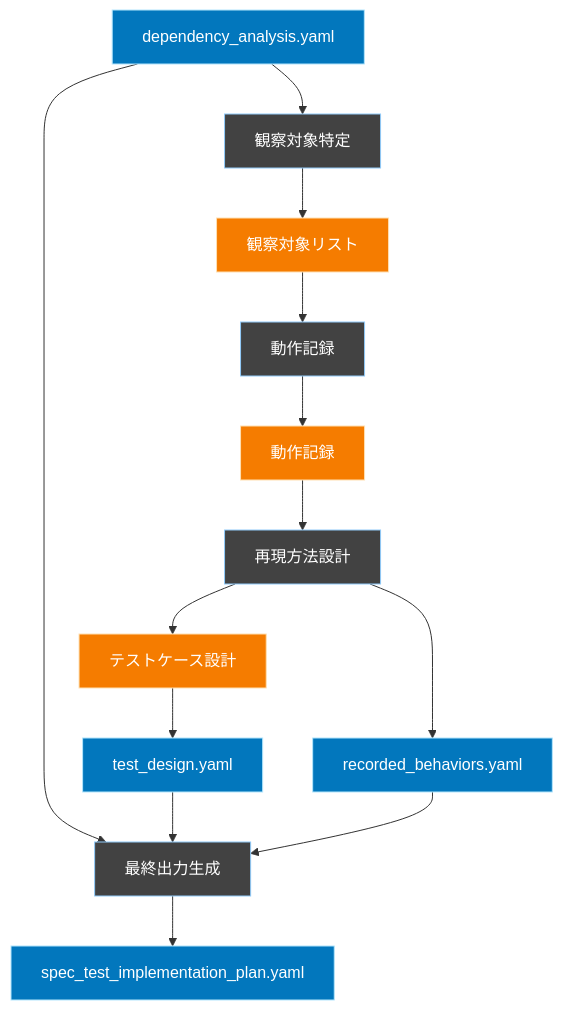
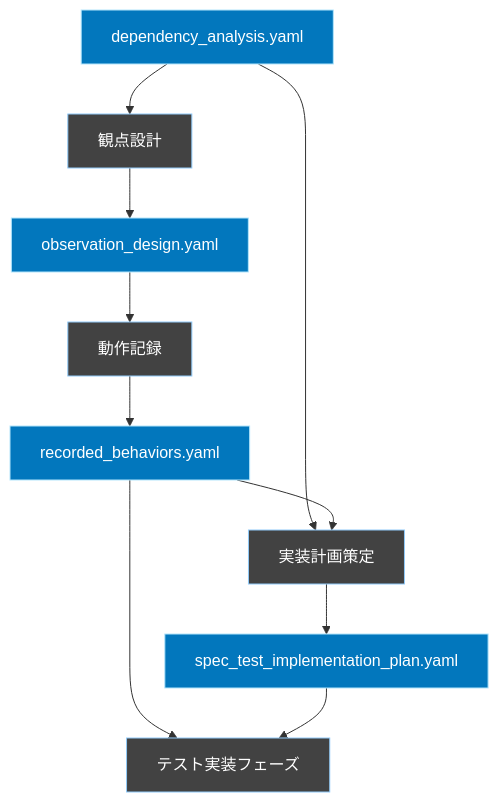
Before and after one commit to ryosuke911/WORKFLOW_SPEC_TEST: the second of 2 diagrams in FLOW/WORKFLOW_SPEC_TEST_PLAN.md, drawn with Mermaid. The commit also changed other lines of this file and 1 other file, not shown here.

````diff
--- a/FLOW/WORKFLOW_SPEC_TEST_PLAN.md
+++ b/FLOW/WORKFLOW_SPEC_TEST_PLAN.md
@@ -42,29 +34,23 @@
 ```mermaid
 graph TD
     %% スタイル定義
     classDef memory fill:#f57c00,stroke:#ffe0b2,color:#fff
     classDef phase fill:#424242,stroke:#90caf9,color:#fff
     classDef file fill:#0277bd,stroke:#b3e5fc,color:#fff
 
     Input[dependency_analysis.yaml]:::file
-    Targets[観察対象リスト]:::memory
-    Behaviors[動作記録]:::memory
-    TestDesign[テストケース設計]:::memory
-    TD[test_design.yaml]:::file
+    OD[observation_design.yaml]:::file
     RB[recorded_behaviors.yaml]:::file
     IP[spec_test_implementation_plan.yaml]:::file
 
-    Input --> Phase1[観察対象特定]:::phase
-    Phase1 --> Targets
-    Targets --> Phase2[動作記録]:::phase
-    Phase2 --> Behaviors
-    Behaviors --> Phase3[再現方法設計]:::phase
-    Phase3 --> TestDesign
-    TestDesign --> TD
-    Phase3 --> RB
+    Input --> Phase1[観点設計]:::phase
+    Phase1 --> OD
+    OD --> Phase2[動作記録]:::phase
+    Phase2 --> RB
+    Input --> Phase3[実装計画策定]:::phase
+    RB --> Phase3
+    Phase3 --> IP
     
-    Input --> Phase4[最終出力生成]:::phase
-    TD --> Phase4
-    RB --> Phase4
-    Phase4 --> IP
+    RB --> Implementation[テスト実装フェーズ]:::phase
+    IP --> Implementation
 ```
````
